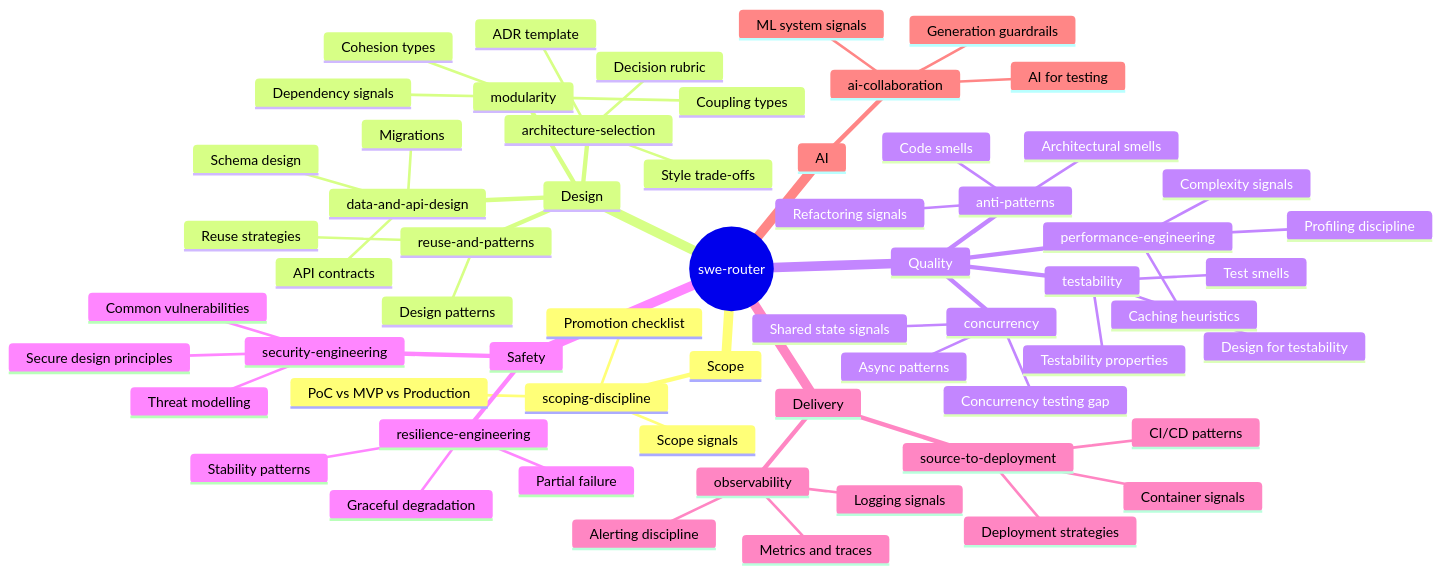
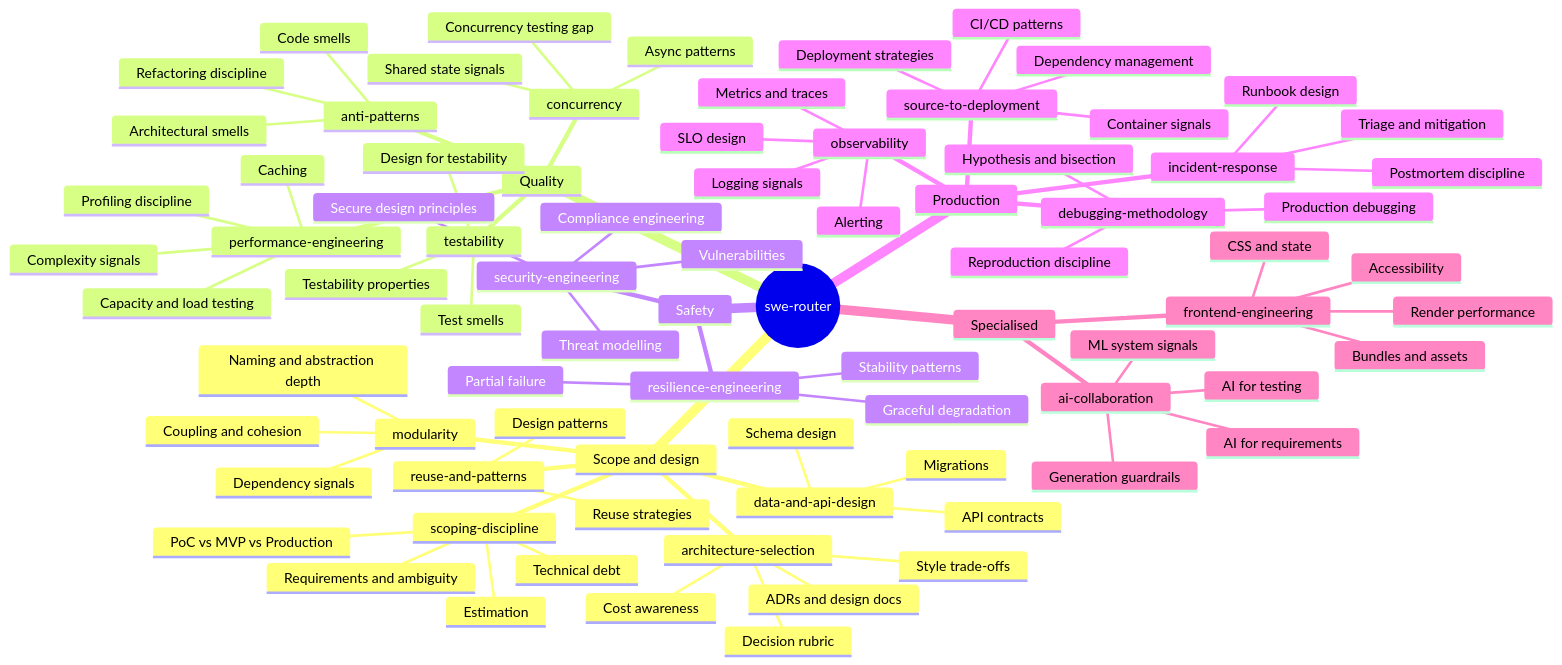
The diagram in README.md (yahyanaveed10/SWE-Skill), drawn with Mermaid before and after one commit. The commit also changed other lines of this file and 1 other file, not shown here.

````diff
--- a/README.md
+++ b/README.md
@@ -9,32 +9,33 @@
 ```mermaid
 mindmap
   root((swe-router))
-    Scope
+    Scope and design
       scoping-discipline
         PoC vs MVP vs Production
-        Promotion checklist
-        Scope signals
-    Design
-      modularity
-        Coupling types
-        Cohesion types
-        Dependency signals
+        Technical debt
+        Requirements and ambiguity
+        Estimation
       architecture-selection
         Style trade-offs
         Decision rubric
-        ADR template
+        ADRs and design docs
+        Cost awareness
+      modularity
+        Coupling and cohesion
+        Dependency signals
+        Naming and abstraction depth
       reuse-and-patterns
         Design patterns
         Reuse strategies
       data-and-api-design
         Schema design
+        Migrations
         API contracts
-        Migrations
     Quality
       anti-patterns
         Code smells
         Architectural smells
-        Refactoring signals
+        Refactoring discipline
       testability
         Testability properties
         Test smells
@@ -42,7 +43,8 @@
       performance-engineering
         Profiling discipline
         Complexity signals
-        Caching heuristics
+        Caching
+        Capacity and load testing
       concurrency
         Shared state signals
         Async patterns
@@ -51,23 +53,40 @@
       security-engineering
         Threat modelling
         Secure design principles
-        Common vulnerabilities
+        Vulnerabilities
+        Compliance engineering
       resilience-engineering
         Stability patterns
         Graceful degradation
         Partial failure
-    Delivery
+    Production
+      observability
+        Logging signals
+        Metrics and traces
+        Alerting
+        SLO design
       source-to-deployment
         CI/CD patterns
         Container signals
         Deployment strategies
-      observability
-        Logging signals
-        Metrics and traces
-        Alerting discipline
-    AI
+        Dependency management
+      incident-response
+        Triage and mitigation
+        Postmortem discipline
+        Runbook design
+      debugging-methodology
+        Hypothesis and bisection
+        Reproduction discipline
+        Production debugging
+    Specialised
+      frontend-engineering
+        Render performance
+        Bundles and assets
+        CSS and state
+        Accessibility
       ai-collaboration
         Generation guardrails
         AI for testing
+        AI for requirements
         ML system signals
 ```
````
